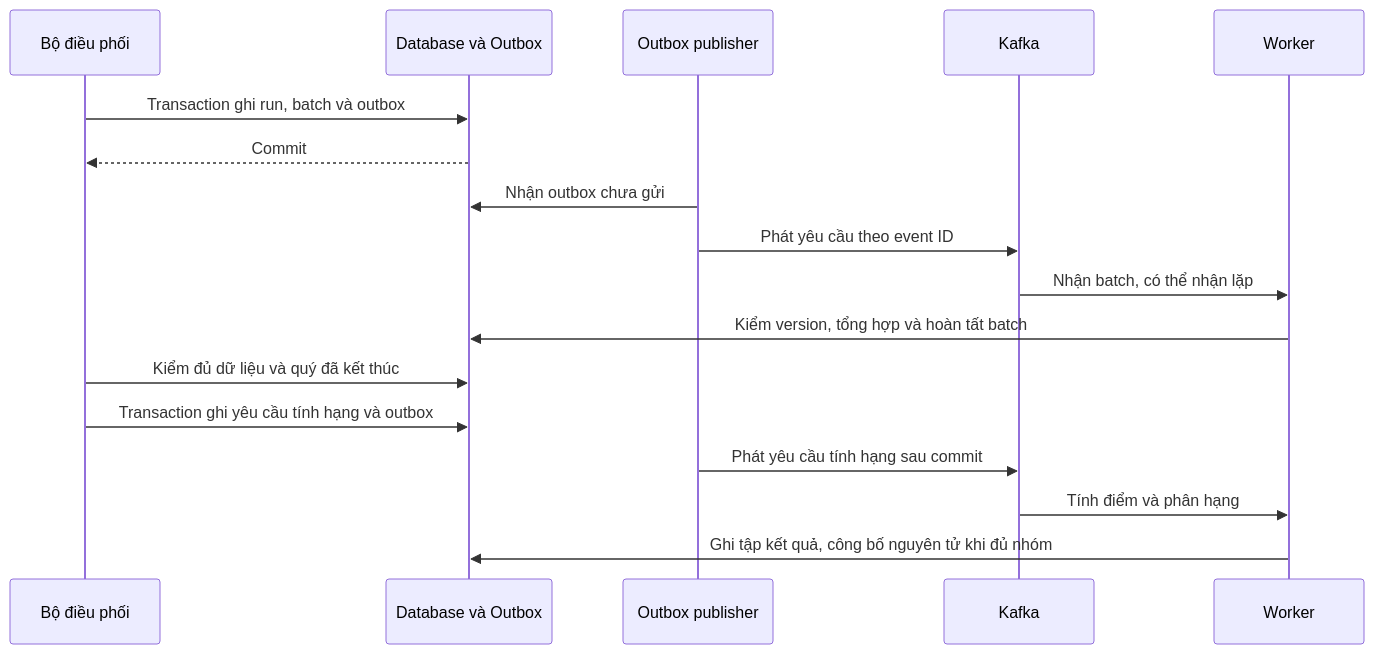
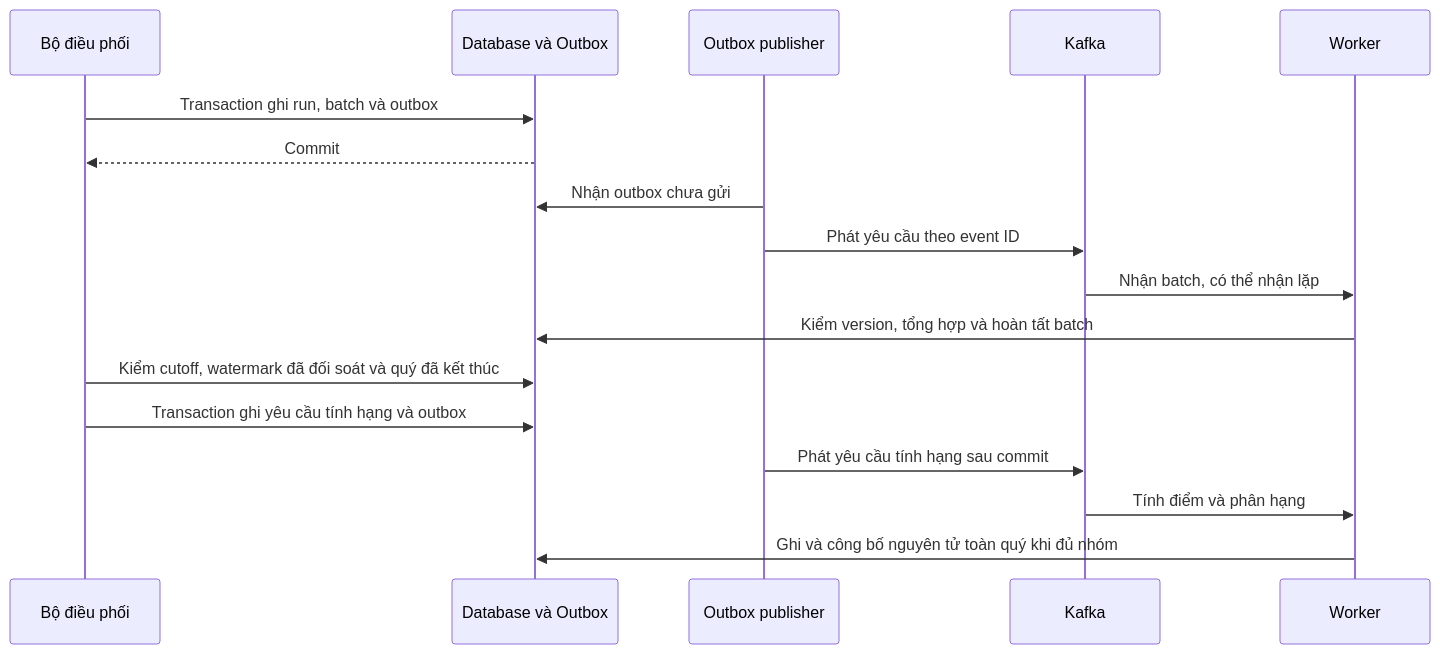
Before and after one commit to huynv-xyz/vhm-tdd: the seventh of 12 diagrams in cobroker/ttd-cobroker.md, drawn with Mermaid. The commit also changed other lines of this file and 11 other files, not shown here.

Commit message:
docs: close Cobroker architecture gaps in TTD v0.8

````diff
--- a/cobroker/ttd-cobroker.md
+++ b/cobroker/ttd-cobroker.md
@@ -999,19 +1121,19 @@
 ```mermaid
 sequenceDiagram
     participant J as Bộ điều phối
     participant D as Database và Outbox
     participant P as Outbox publisher
     participant K as Kafka
     participant W as Worker
     J->>D: Transaction ghi run, batch và outbox
     D-->>J: Commit
     P->>D: Nhận outbox chưa gửi
     P->>K: Phát yêu cầu theo event ID
     K->>W: Nhận batch, có thể nhận lặp
     W->>D: Kiểm version, tổng hợp và hoàn tất batch
-    J->>D: Kiểm đủ dữ liệu và quý đã kết thúc
+    J->>D: Kiểm cutoff, watermark đã đối soát và quý đã kết thúc
     J->>D: Transaction ghi yêu cầu tính hạng và outbox
     P->>K: Phát yêu cầu tính hạng sau commit
     K->>W: Tính điểm và phân hạng
-    W->>D: Ghi tập kết quả, công bố nguyên tử khi đủ nhóm
+    W->>D: Ghi và công bố nguyên tử toàn quý khi đủ nhóm
 ```
````
